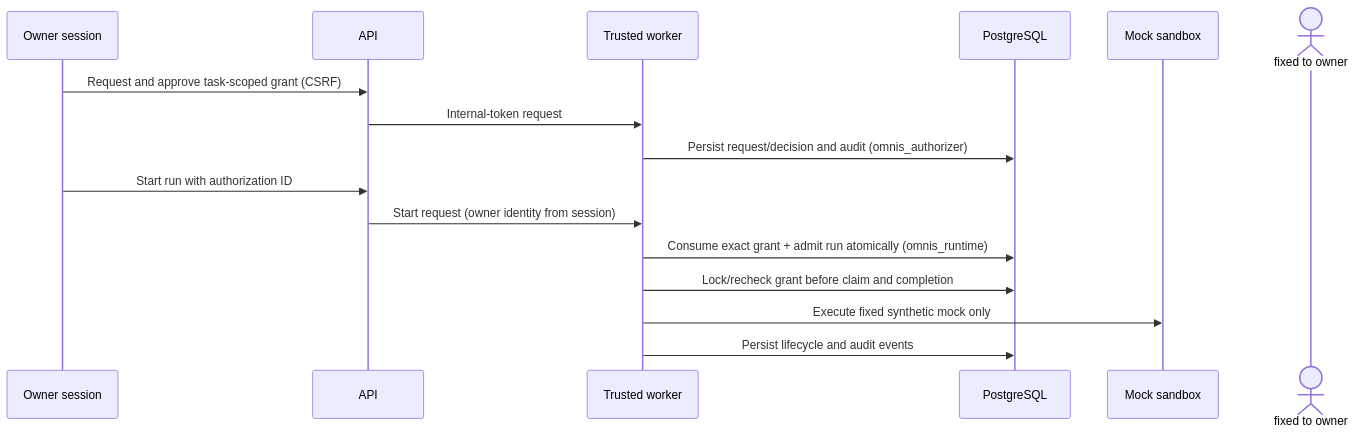
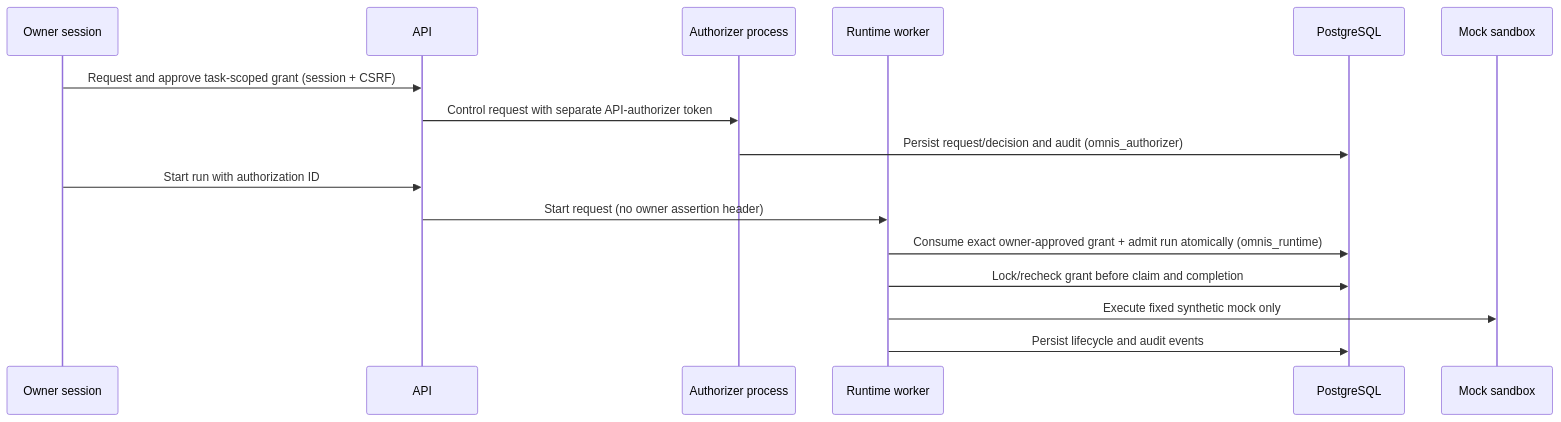
Before and after one commit to Jeysibn/omnis-os: the diagram in docs/02-architecture/RUNTIME_AUTHORIZATION.md, drawn with Mermaid. The commit also changed other lines of this file and 37 other files, not shown here.

Commit message:
security: isolate authorization process from runtime worker

````diff
--- a/docs/02-architecture/RUNTIME_AUTHORIZATION.md
+++ b/docs/02-architecture/RUNTIME_AUTHORIZATION.md
@@ -7,17 +7,18 @@
 ```mermaid
 sequenceDiagram
     participant H as Owner session
     participant A as API
-    participant W as Trusted worker
+    participant Z as Authorizer process
+    participant W as Runtime worker
     participant DB as PostgreSQL
     participant S as Mock sandbox
-    H->>A: Request and approve task-scoped grant (CSRF)
-    A->>W: Internal-token request; actor fixed to owner
-    W->>DB: Persist request/decision and audit (omnis_authorizer)
+    H->>A: Request and approve task-scoped grant (session + CSRF)
+    A->>Z: Control request with separate API-authorizer token
+    Z->>DB: Persist request/decision and audit (omnis_authorizer)
     H->>A: Start run with authorization ID
-    A->>W: Start request (owner identity from session)
-    W->>DB: Consume exact grant + admit run atomically (omnis_runtime)
+    A->>W: Start request (no owner assertion header)
+    W->>DB: Consume exact owner-approved grant + admit run atomically (omnis_runtime)
     W->>DB: Lock/recheck grant before claim and completion
     W->>S: Execute fixed synthetic mock only
     W->>DB: Persist lifecycle and audit events
 ```
````
